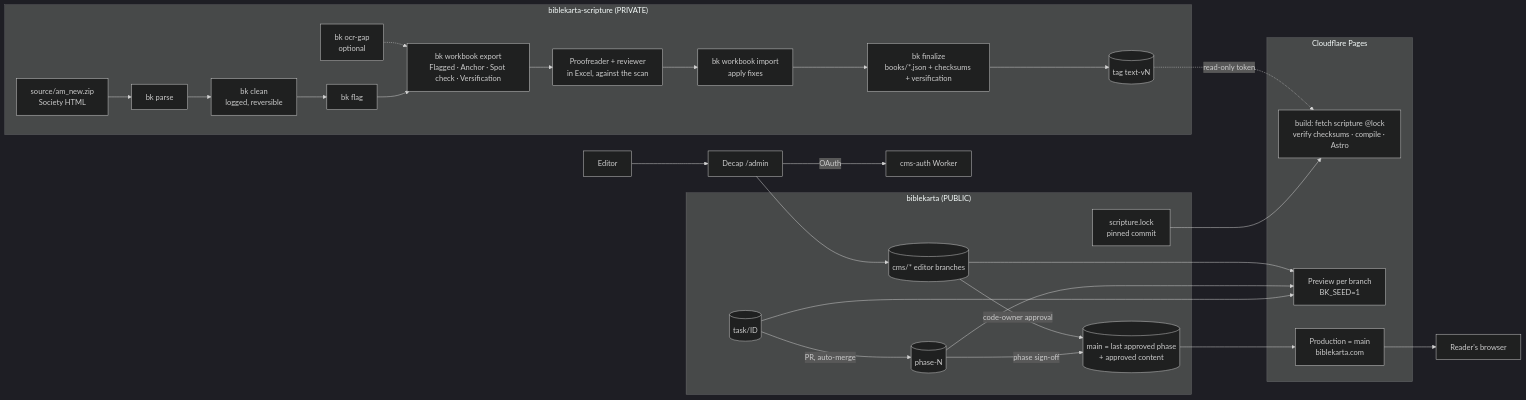
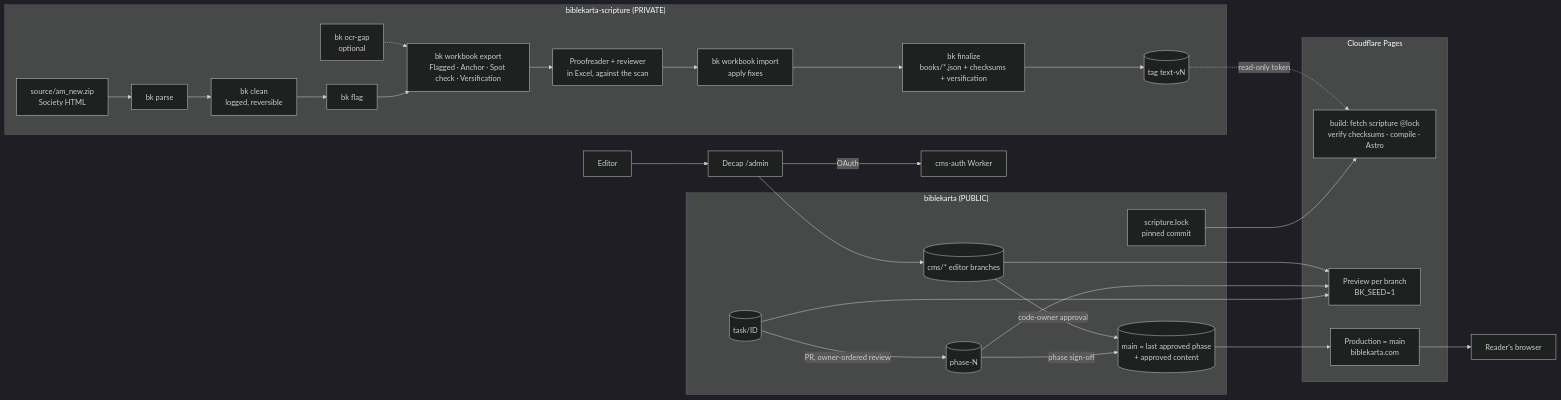
The first of 7 diagrams in architecture.md (davezking/biblekarta), drawn with Mermaid (dark theme) before and after one commit. The commit also changed other lines of this file and 6 other files, not shown here.

First line of the commit message:
Phase 1 review: drop the automatic Claude review (owner orders reviews)

````diff
--- a/architecture.md
+++ b/architecture.md
@@ -73,36 +73,36 @@
 ```mermaid
 flowchart LR
   subgraph SR["biblekarta-scripture (PRIVATE)"]
     ZIP[source/am_new.zip<br/>Society HTML] --> PARSE[bk parse]
     PARSE --> CLEAN[bk clean<br/>logged, reversible]
     CLEAN --> FLAG[bk flag]
     FLAG --> WBX[bk workbook export<br/>Flagged · Anchor · Spot check · Versification]
     WBX --> HUMANS[Proofreader + reviewer<br/>in Excel, against the scan]
     HUMANS --> WBI[bk workbook import<br/>apply fixes]
     OCR[bk ocr-gap<br/>optional] -.-> WBX
     WBI --> FIN[bk finalize<br/>books/*.json + checksums + versification]
     FIN --> TAG[(tag text-vN)]
   end
 
   subgraph PR["biblekarta (PUBLIC)"]
     LOCK[scripture.lock<br/>pinned commit] 
     MAIN[(main = last approved phase<br/>+ approved content)]
     PH[(phase-N)] 
     TASK[(task/ID)]
     CMSB[(cms/* editor branches)]
   end
-  TASK -- PR, auto-merge --> PH -- phase sign-off --> MAIN
+  TASK -- PR, owner-ordered review --> PH -- phase sign-off --> MAIN
   ED[Editor] --> CMS[Decap /admin] -- OAuth --> AUTH[cms-auth Worker]
   CMS --> CMSB -- code-owner approval --> MAIN
 
   subgraph CF["Cloudflare Pages"]
     BUILD[build: fetch scripture @lock<br/>verify checksums · compile · Astro]
     PREV[Preview per branch<br/>BK_SEED=1]
     LIVE[Production = main<br/>biblekarta.com]
   end
   LOCK --> BUILD
   TAG -. read-only token .-> BUILD
   TASK & PH & CMSB --> PREV
   MAIN --> LIVE
   LIVE --> USER[Reader's browser]
 ```
````
